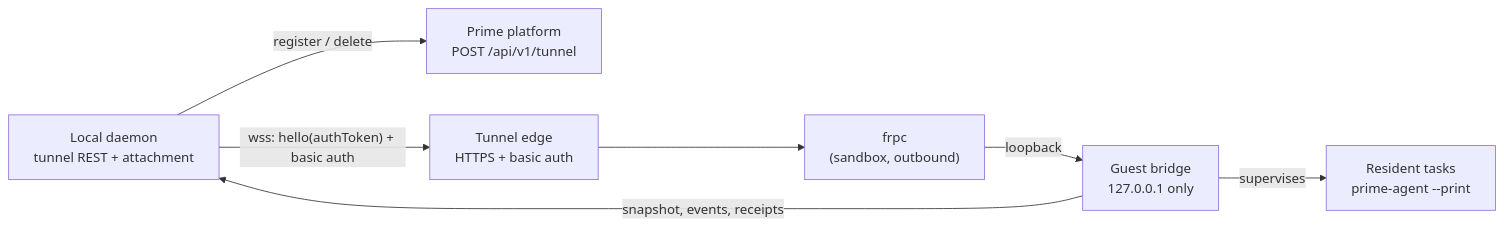
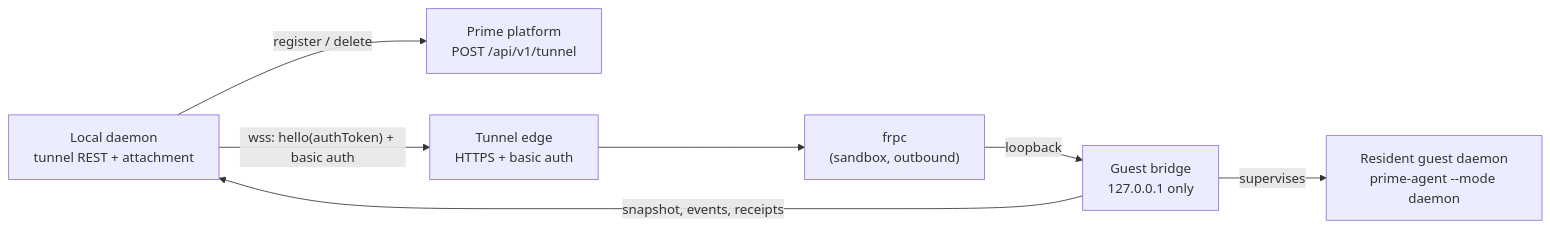
The second of 2 diagrams in packages/coding-agent/docs/cloud-sandbox.md (PrimeIntellect-ai/prime-agent), drawn with Mermaid before and after one commit. The commit also changed other lines of this file and 20 other files, not shown here.

Commit message:
feat(coding-agent): add resident cloud guest sessions

````diff
--- a/packages/coding-agent/docs/cloud-sandbox.md
+++ b/packages/coding-agent/docs/cloud-sandbox.md
@@ -263,16 +271,16 @@
 ```mermaid
 flowchart LR
     LocalDaemon["Local daemon<br/>tunnel REST + attachment"]
     PrimeAPI["Prime platform<br/>POST /api/v1/tunnel"]
     Edge["Tunnel edge<br/>HTTPS + basic auth"]
     Frpc["frpc<br/>(sandbox, outbound)"]
     GuestBridge["Guest bridge<br/>127.0.0.1 only"]
-    CloudDaemon["Resident tasks<br/>prime-agent --print"]
+    CloudDaemon["Resident guest daemon<br/>prime-agent --mode daemon"]
 
     LocalDaemon -->|"register / delete"| PrimeAPI
     LocalDaemon -->|"wss: hello(authToken) + basic auth"| Edge
     Edge --> Frpc
     Frpc -->|"loopback"| GuestBridge
     GuestBridge -->|"supervises"| CloudDaemon
     GuestBridge -->|"snapshot, events, receipts"| LocalDaemon
 ```
````
